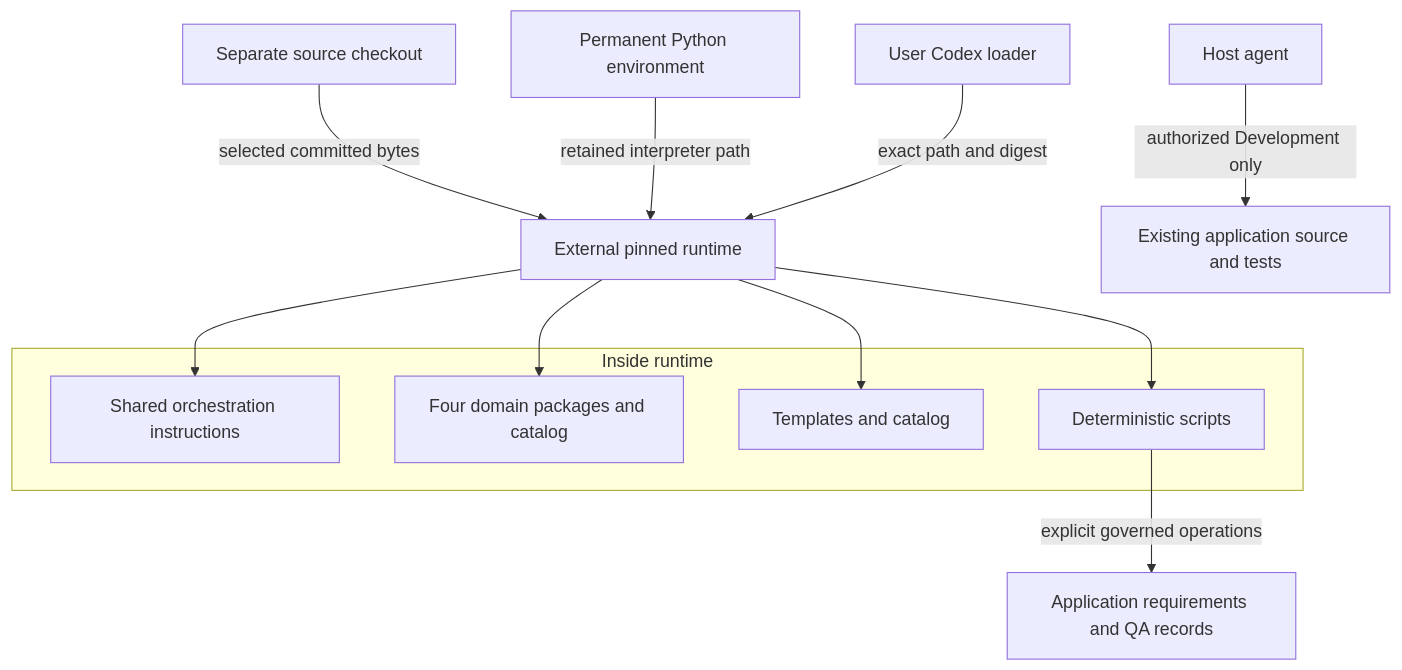
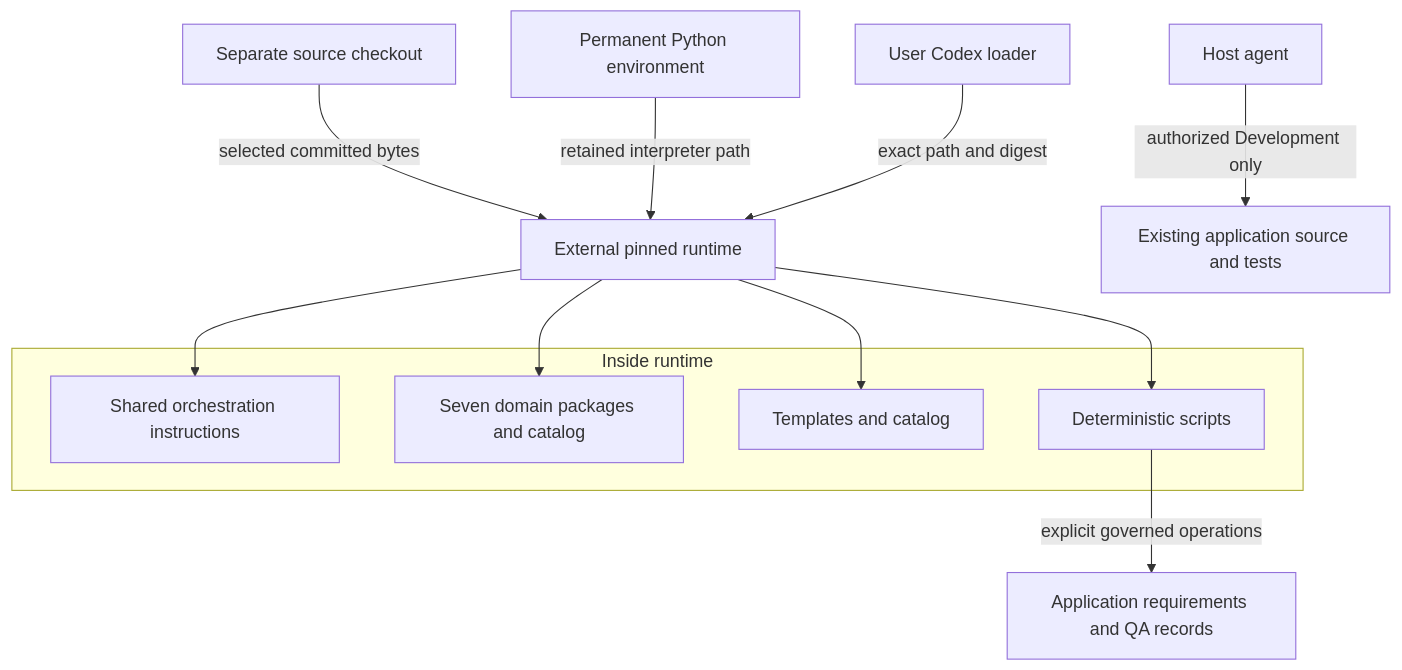
Before and after one commit to stjarna/ai-sdlc: the first of 4 diagrams in docs/installation-architecture.md, drawn with Mermaid. The commit also changed other lines of this file and 43 other files, not shown here.

Commit message:
feat(skills): add early SDLC domain packages and provenance

````diff
--- a/docs/installation-architecture.md
+++ b/docs/installation-architecture.md
@@ -56,18 +57,18 @@
 ```mermaid
 flowchart TB
     S[Separate source checkout] -->|selected committed bytes| R[External pinned runtime]
     P[Permanent Python environment] -->|retained interpreter path| R
     L[User Codex loader] -->|exact path and digest| R
     subgraph B[Inside runtime]
         O[Shared orchestration instructions]
-        D[Four domain packages and catalog]
+        D[Seven domain packages and catalog]
         T[Templates and catalog]
         C[Deterministic scripts]
     end
     R --> O
     R --> D
     R --> T
     R --> C
     C -->|explicit governed operations| A[Application requirements and QA records]
     H[Host agent] -->|authorized Development only| X[Existing application source and tests]
 ```
````
